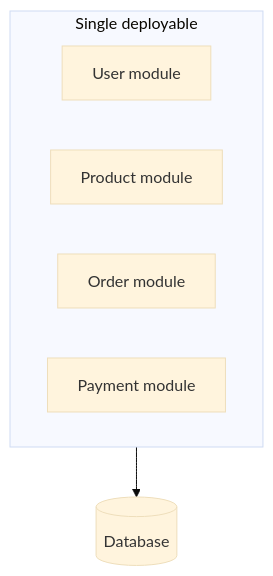
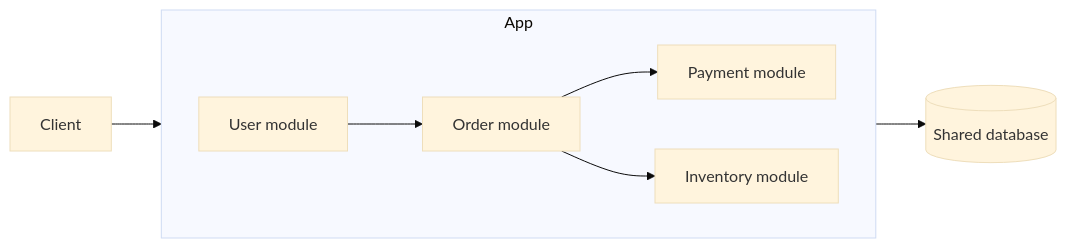
One commit to hareramcse/SystemDesign changed the second of 22 diagrams in 08-microservices/README.md. Above: the diagram before and after it, drawn with Mermaid (base theme). The commit also changed other lines of this file and 14 other files, not shown here.

````diff
--- a/08-microservices/README.md
+++ b/08-microservices/README.md
@@ -240,10 +164,11 @@
 ```mermaid
-flowchart TB
-    subgraph App[Single deployable]
-        UM[User module]
-        PM[Product module]
-        OM[Order module]
-        PayM[Payment module]
+flowchart LR
+    Client[Client] --> App[Single deployable]
+    subgraph App
+        direction LR
+        UM[User module] --> OM[Order module]
+        OM --> PM[Payment module]
+        OM --> IM[Inventory module]
     end
-    App --> DB[(Database)]
+    App --> DB[(Shared database)]
 ```
````
